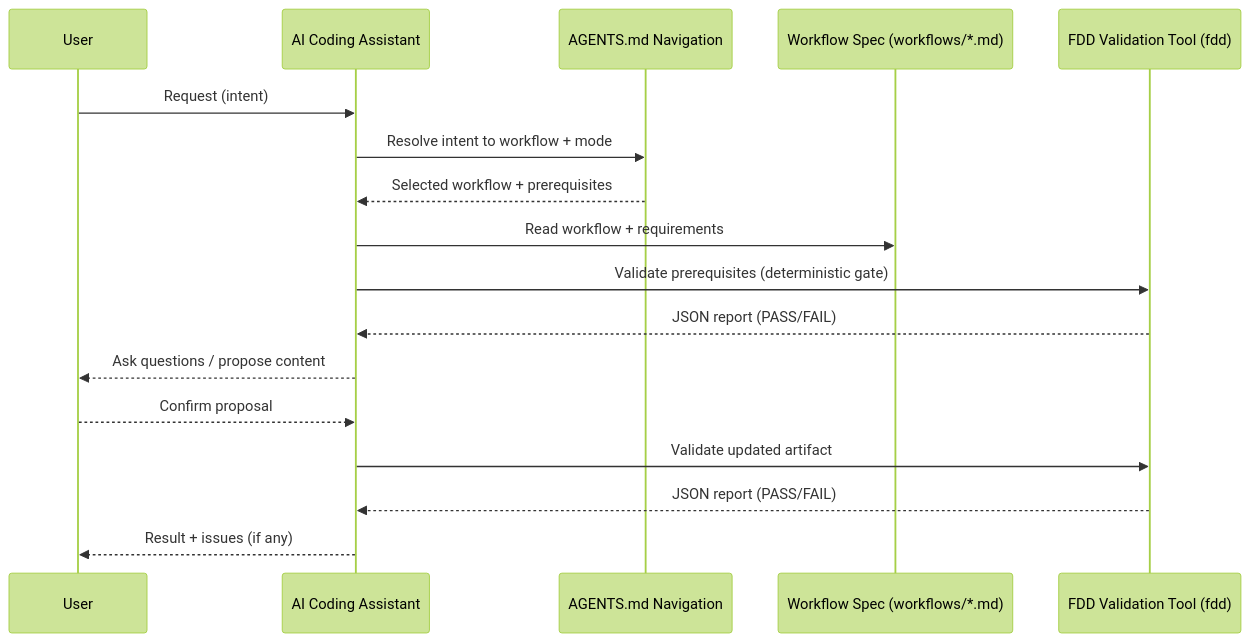
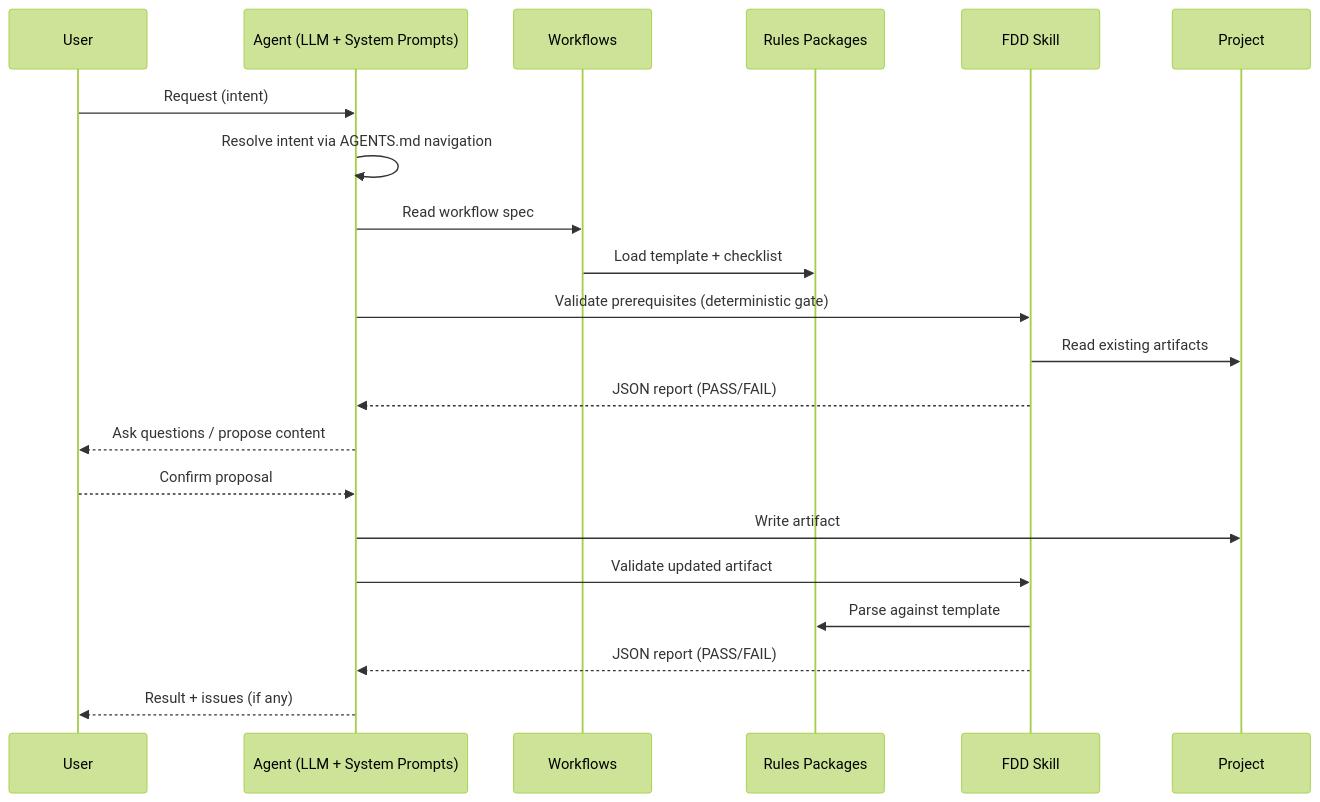
Before and after one commit to cyberfabric/cyber-pilot: the second of 5 diagrams in architecture/DESIGN.md, drawn with Mermaid (forest theme). The commit also changed other lines of this file and 93 other files, not shown here.

First line of the commit message:
FDD v2: Refactor workflows and tests for FDD integration

````diff
--- a/architecture/DESIGN.md
+++ b/architecture/DESIGN.md
@@ -538,20 +839,24 @@
 ```mermaid
 sequenceDiagram
-    participant PM as User
-    participant Agent as AI Coding Assistant
-    participant Nav as AGENTS.md Navigation
-    participant WF as Workflow Spec (workflows/*.md)
-    participant Tool as FDD Validation Tool (fdd)
+    participant User
+    participant Agent as Agent (LLM + System Prompts)
+    participant WF as Workflows
+    participant RP as Rules Packages
+    participant FDD as FDD Skill
+    participant PROJ as Project
 
-    PM->>Agent: Request (intent)
-    Agent->>Nav: Resolve intent to workflow + mode
-    Nav-->>Agent: Selected workflow + prerequisites
-    Agent->>WF: Read workflow + requirements
-    Agent->>Tool: Validate prerequisites (deterministic gate)
-    Tool-->>Agent: JSON report (PASS/FAIL)
-    Agent-->>PM: Ask questions / propose content
-    PM-->>Agent: Confirm proposal
-    Agent->>Tool: Validate updated artifact
-    Tool-->>Agent: JSON report (PASS/FAIL)
-    Agent-->>PM: Result + issues (if any)
+    User->>Agent: Request (intent)
+    Agent->>Agent: Resolve intent via AGENTS.md navigation
+    Agent->>WF: Read workflow spec
+    WF->>RP: Load template + checklist
+    Agent->>FDD: Validate prerequisites (deterministic gate)
+    FDD->>PROJ: Read existing artifacts
+    FDD-->>Agent: JSON report (PASS/FAIL)
+    Agent-->>User: Ask questions / propose content
+    User-->>Agent: Confirm proposal
+    Agent->>PROJ: Write artifact
+    Agent->>FDD: Validate updated artifact
+    FDD->>RP: Parse against template
+    FDD-->>Agent: JSON report (PASS/FAIL)
+    Agent-->>User: Result + issues (if any)
 ```
````
